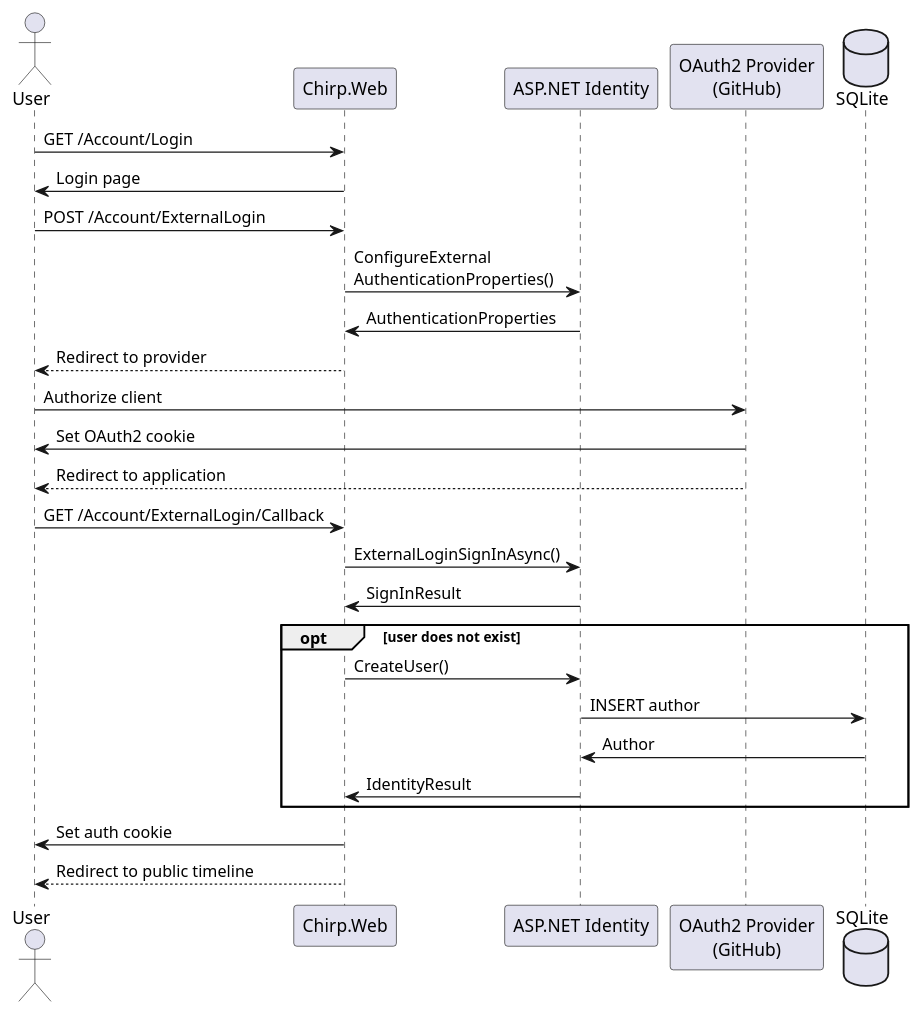
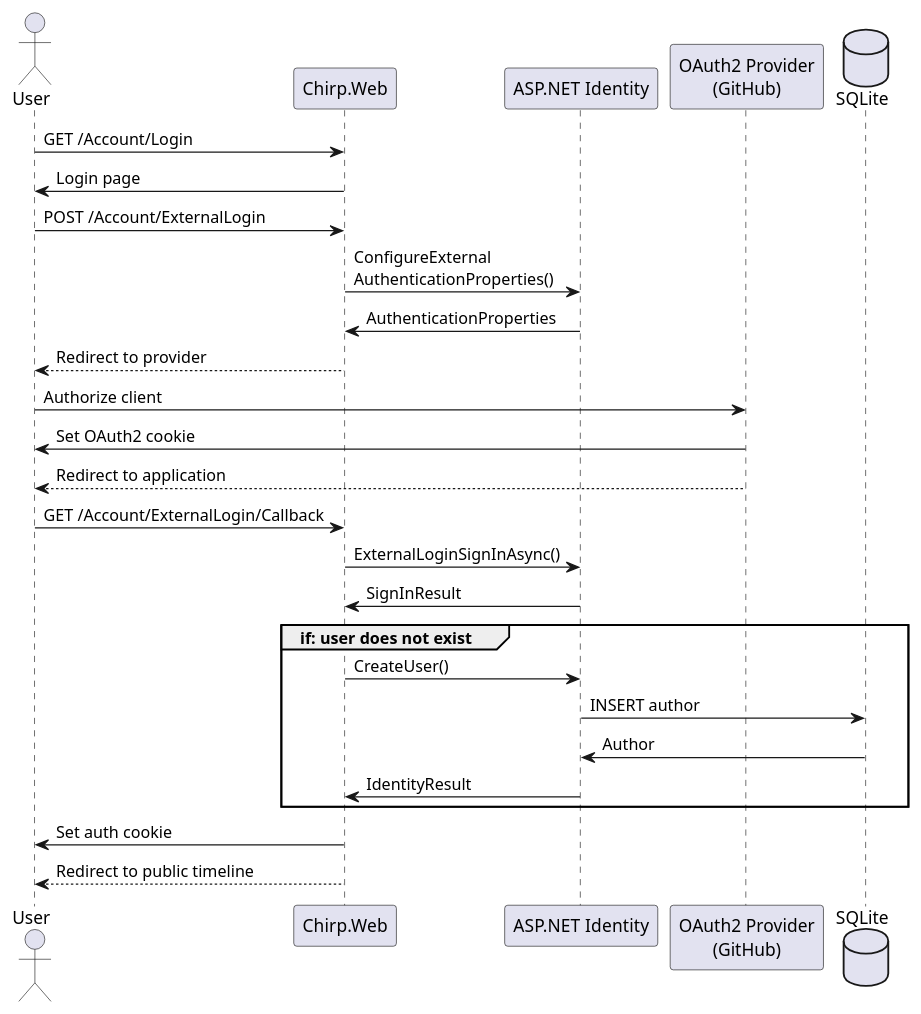
The fourth of 6 diagrams in docs/report.md (ITU-BDSA2024-GROUP14/Chirp), drawn with PlantUML before and after one commit. The commit also changed other lines of this file, not shown here.

````diff
--- a/docs/report.md
+++ b/docs/report.md
@@ -130,33 +122,33 @@
 ```plantuml
 @startuml
 actor User
 participant Chirp.Web as Web
 participant "ASP.NET Identity" as Identity
 participant "OAuth2 Provider\n(GitHub)" as GitHub
 database SQLite
 
 User -> Web:                GET /Account/Login
 Web -> User:                Login page
 User -> Web:                POST /Account/ExternalLogin
 Web -> Identity:            ConfigureExternal\nAuthenticationProperties()
 Identity -> Web:            AuthenticationProperties
 Web --> User:               Redirect to provider
 User -> GitHub:             Authorize client
 GitHub -> User:             Set OAuth2 cookie
 GitHub --> User:            Redirect to application
 User -> Web:                GET /Account/ExternalLogin/Callback
 Web -> Identity:            ExternalLoginSignInAsync()
 Identity -> Web:            SignInResult
 
-opt user does not exist
+group if: user does not exist
     Web -> Identity:        CreateUser()
     Identity -> SQLite:     INSERT author
     SQLite -> Identity:     Author
     Identity -> Web:        IdentityResult
 end
 
 Web -> User:                Set auth cookie
 Web --> User:               Redirect to public timeline
 
 @enduml
 ```
````
